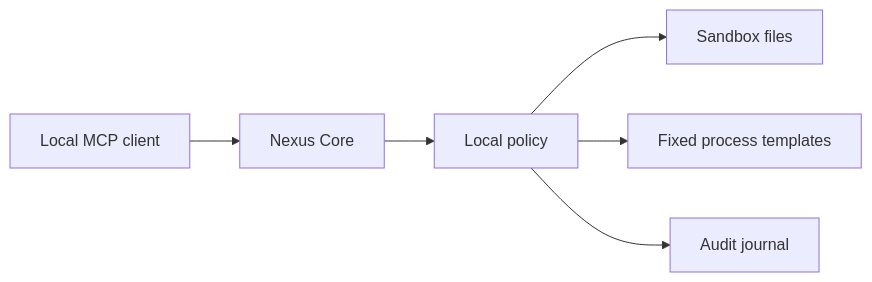
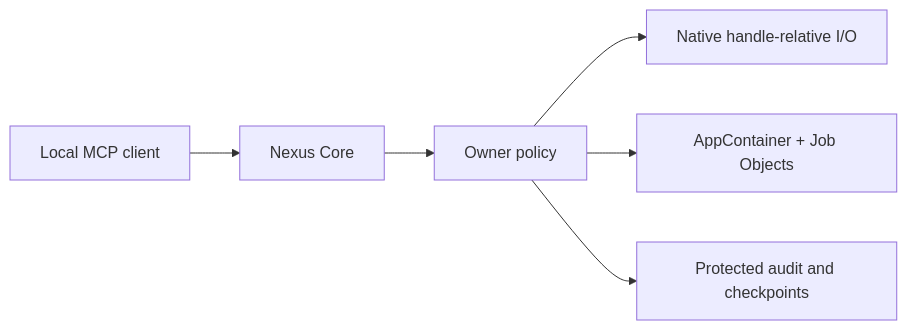
Before and after one commit to KamenevVA/NexusBridge: the diagram in README.md, drawn with Mermaid. The commit also changed other lines of this file and 24 other files, not shown here.

````diff
--- a/README.md
+++ b/README.md
@@ -35,8 +33,8 @@
 ```mermaid
 flowchart LR
     Client["Local MCP client"] --> Core["Nexus Core"]
-    Core --> Guard["Local policy"]
-    Guard --> Files["Sandbox files"]
-    Guard --> Proc["Fixed process templates"]
-    Guard --> Audit["Audit journal"]
+    Core --> Guard["Owner policy"]
+    Guard --> Files["Native handle-relative I/O"]
+    Guard --> Proc["AppContainer + Job Objects"]
+    Guard --> Audit["Protected audit and checkpoints"]
 ```
````
